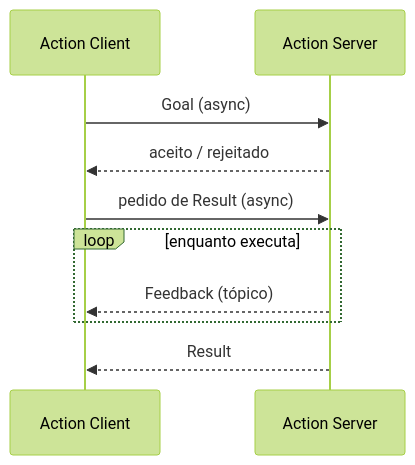
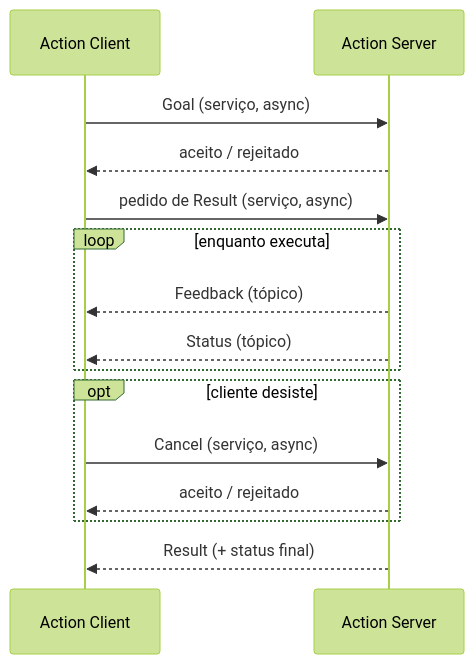
One commit to jmetrimiranda/robotics_tutorials changed the first of 2 diagrams in docs/03-robotica-aplicada/01-ros2/04-actions.md. Above: the diagram before and after it, drawn with Mermaid (forest theme). The commit also changed other lines of this file, not shown here.

````diff
--- a/docs/03-robotica-aplicada/01-ros2/04-actions.md
+++ b/docs/03-robotica-aplicada/01-ros2/04-actions.md
@@ -17,12 +72,17 @@
 ```mermaid
 sequenceDiagram
     participant C as Action Client
     participant S as Action Server
-    C->>S: Goal (async)
+    C->>S: Goal (serviço, async)
     S-->>C: aceito / rejeitado
-    C->>S: pedido de Result (async)
+    C->>S: pedido de Result (serviço, async)
     loop enquanto executa
         S-->>C: Feedback (tópico)
+        S-->>C: Status (tópico)
     end
-    S-->>C: Result
+    opt cliente desiste
+        C->>S: Cancel (serviço, async)
+        S-->>C: aceito / rejeitado
+    end
+    S-->>C: Result (+ status final)
 ```
````
